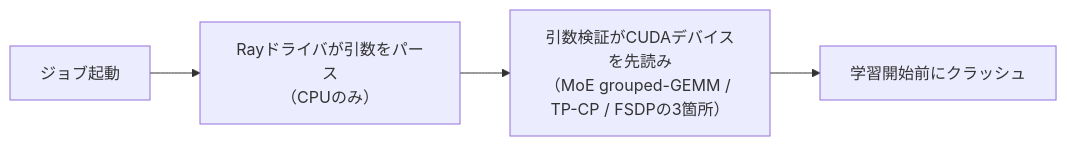
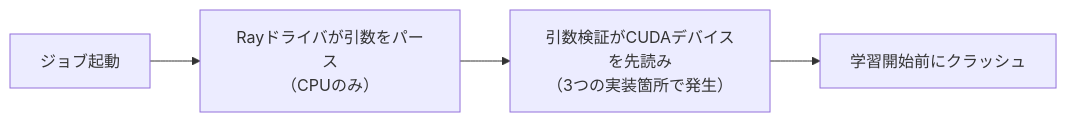
One commit to littlemex/zenn changed the fifth of 14 diagrams in articles/beyond-network-rl-posttraining-constraints.md. Above: the diagram before and after it, drawn with Mermaid. The commit also changed other lines of this file, not shown here.

````diff
--- a/articles/beyond-network-rl-posttraining-constraints.md
+++ b/articles/beyond-network-rl-posttraining-constraints.md
@@ -203,6 +203,6 @@
 ```mermaid
 flowchart LR
     A["ジョブ起動"] --> B["Rayドライバが引数をパース<br/>（CPUのみ）"]
-    B --> C["引数検証がCUDAデバイスを先読み<br/>（MoE grouped-GEMM / TP-CP / FSDPの3箇所）"]
+    B --> C["引数検証がCUDAデバイスを先読み<br/>（3つの実装箇所で発生）"]
     C --> D["学習開始前にクラッシュ"]
 ```
````
